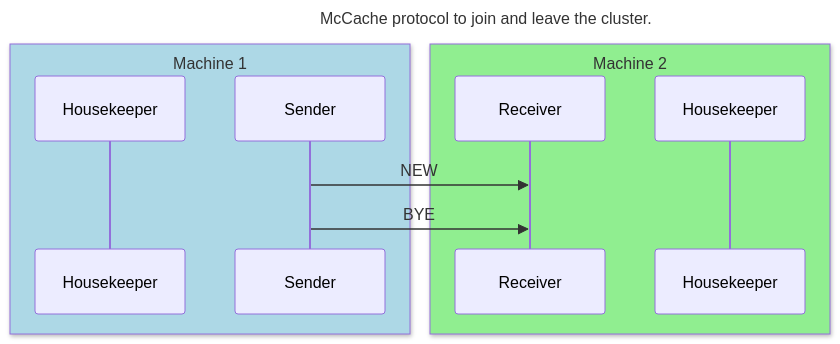
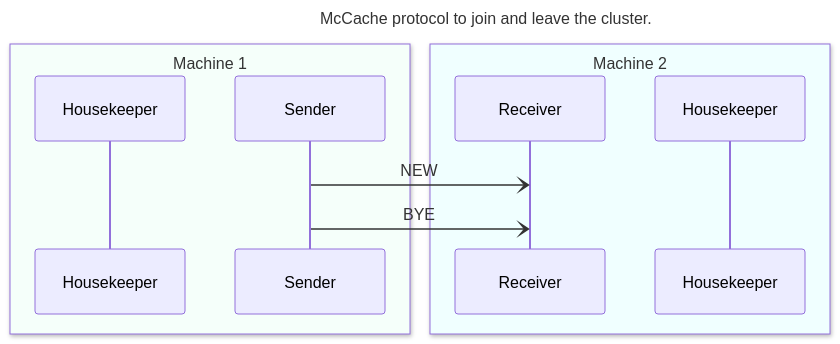
One commit to McCache/McCache-for-Python changed the first of 3 diagrams in docs/SEQUENCE.md. Above: the diagram before and after it, drawn with Mermaid. The commit also changed other lines of this file and 2 other files, not shown here.

Commit message:
Mc4 cache stats (#11)
* Checkpoint for Cordel

* Checkpoint the rUPD work

* Transfer back change to rUDP

---------

````diff
--- a/docs/SEQUENCE.md
+++ b/docs/SEQUENCE.md
@@ -24,16 +24,16 @@
 ```mermaid
 ---
 title: McCache protocol to join and leave the cluster.
 ---
 sequenceDiagram
-    box lightblue   Machine 1
+    box MintCream   Machine 1
     participant HS  as Housekeeper
     participant S   as Sender
     end
-    box lightgreen  Machine 2
+    box Azure  Machine 2
     participant R   as Receiver
     participant HR  as Housekeeper
     end
-    S->>R: NEW
-    S->>R: BYE
+    S -) R: NEW
+    S -) R: BYE
 ```
````
